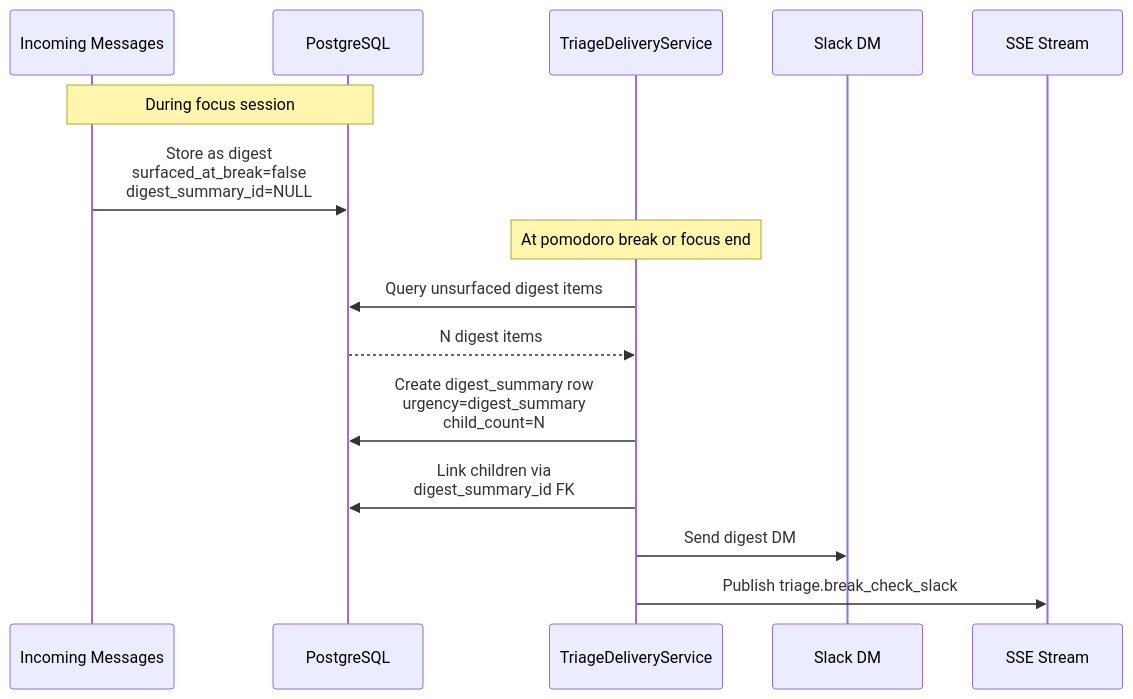
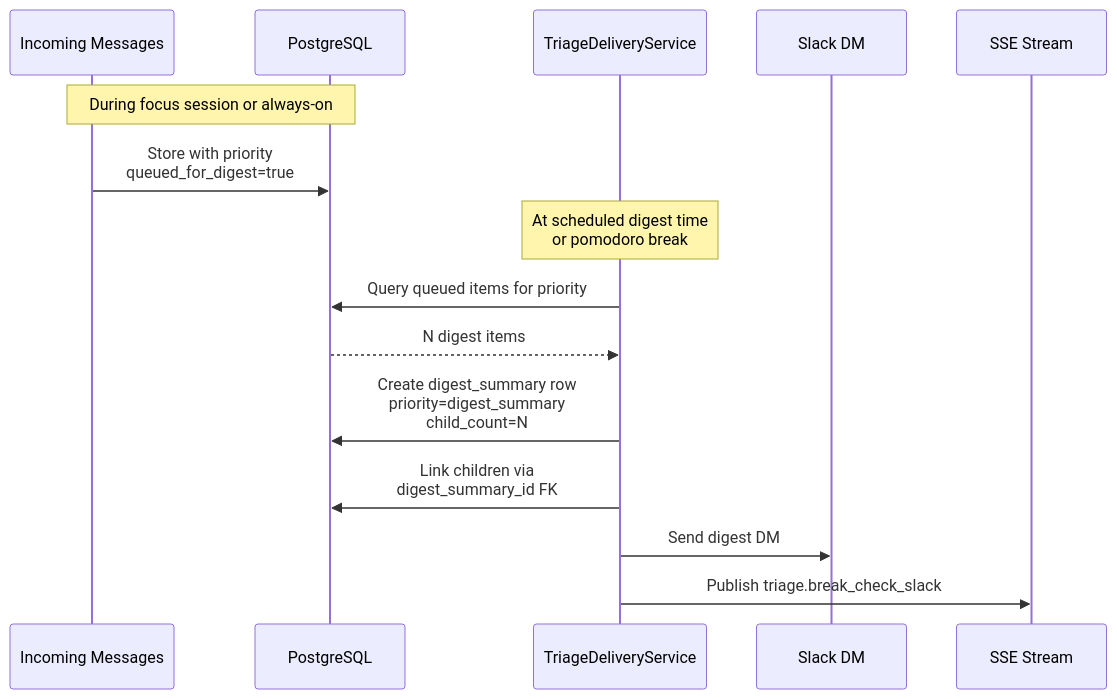
Before and after one commit to tekkno89/alfred-pa: the sixth of 7 diagrams in .claude/diagrams/triage-flow.md, drawn with Mermaid. The commit also changed other lines of this file and 2 other files, not shown here.

````diff
--- a/.claude/diagrams/triage-flow.md
+++ b/.claude/diagrams/triage-flow.md
@@ -82,19 +174,19 @@
 ```mermaid
 sequenceDiagram
     participant M as Incoming Messages
     participant DB as PostgreSQL
     participant DS as TriageDeliveryService
     participant S as Slack DM
     participant SSE as SSE Stream
 
-    Note over M,DB: During focus session
-    M->>DB: Store as digest<br/>surfaced_at_break=false<br/>digest_summary_id=NULL
+    Note over M,DB: During focus session or always-on
+    M->>DB: Store with priority<br/>queued_for_digest=true
 
-    Note over DS: At pomodoro break or focus end
-    DS->>DB: Query unsurfaced digest items
+    Note over DS: At scheduled digest time<br/>or pomodoro break
+    DS->>DB: Query queued items for priority
     DB-->>DS: N digest items
-    DS->>DB: Create digest_summary row<br/>urgency=digest_summary<br/>child_count=N
+    DS->>DB: Create digest_summary row<br/>priority=digest_summary<br/>child_count=N
     DS->>DB: Link children via<br/>digest_summary_id FK
     DS->>S: Send digest DM
     DS->>SSE: Publish triage.break_check_slack
 ```
````
